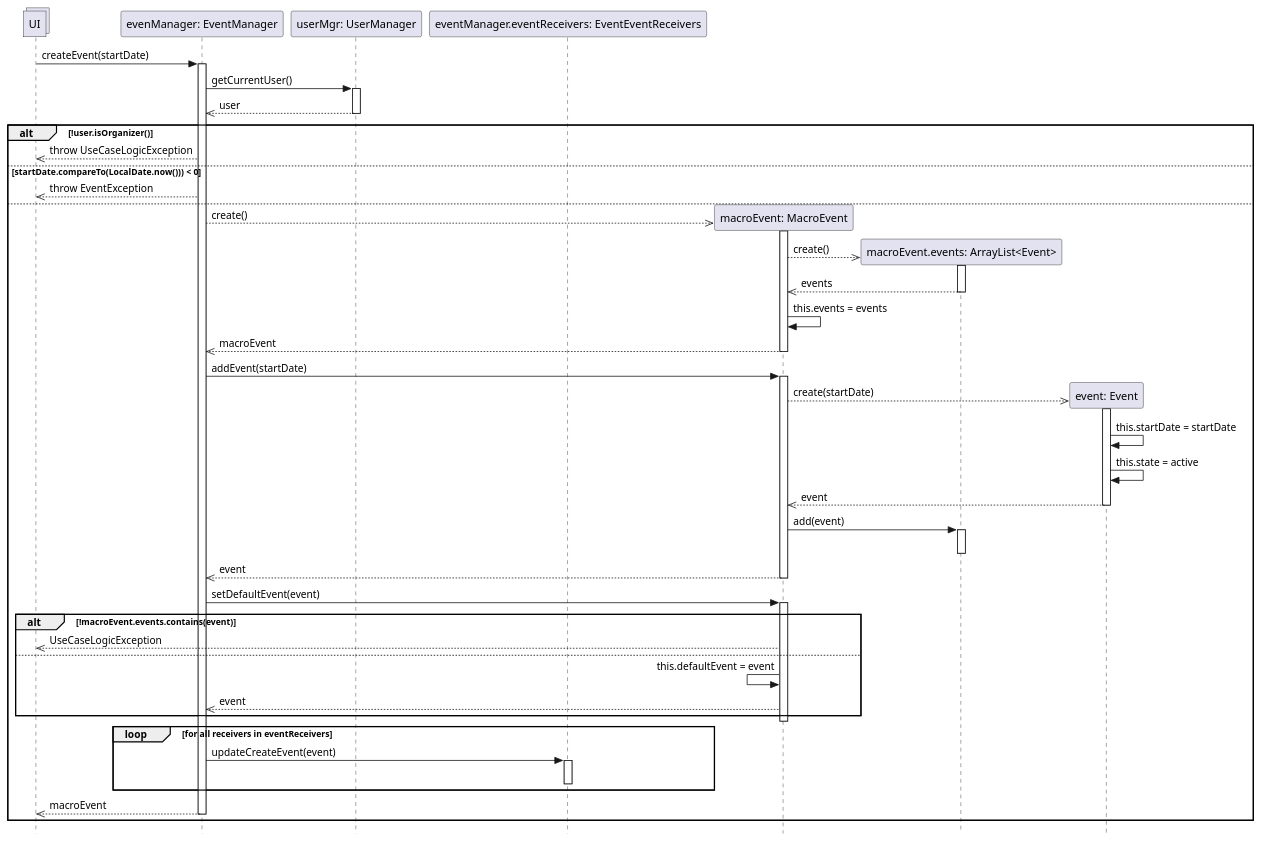
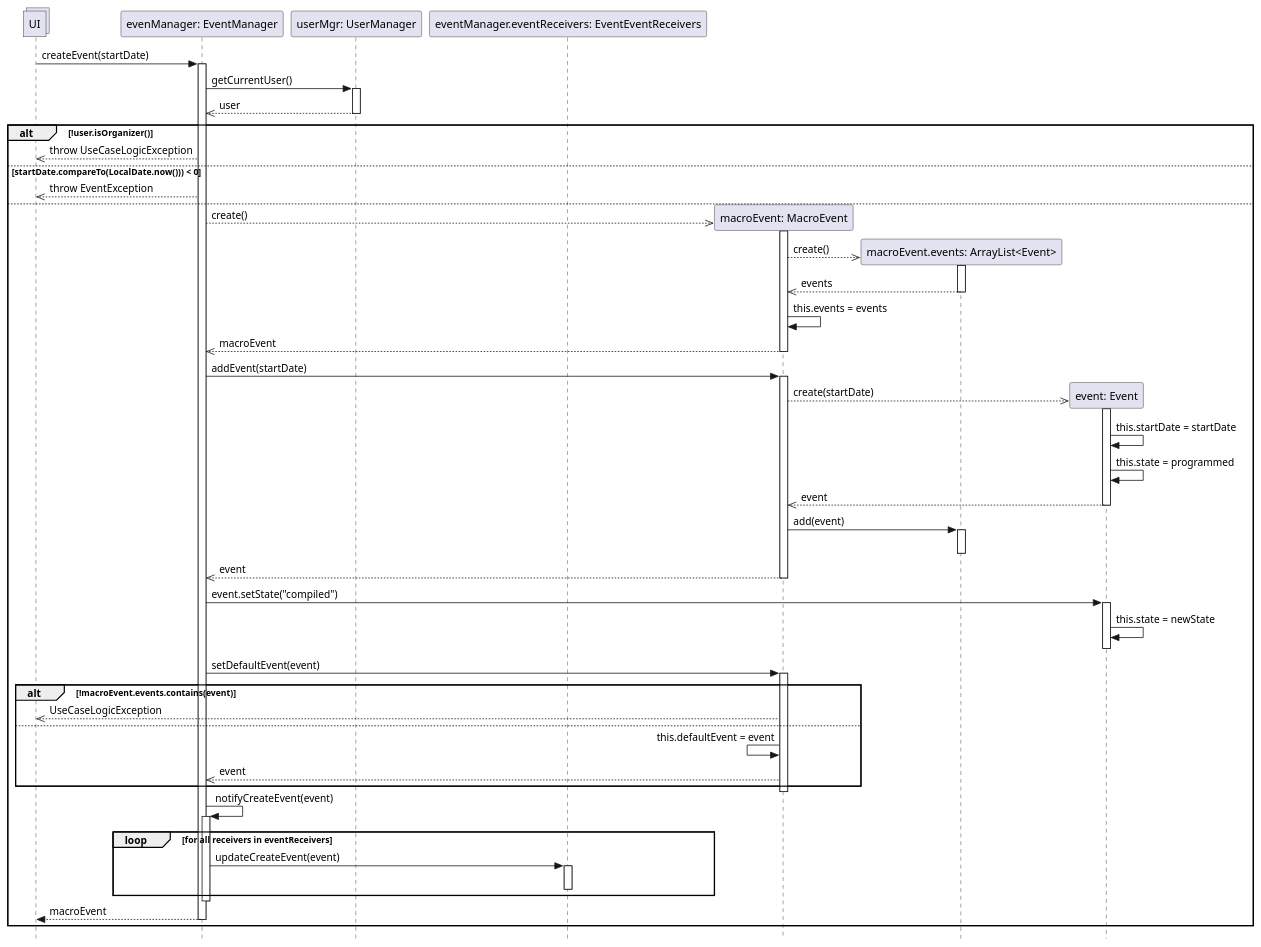
The diagram in UP/Progettazione/UC Gestire Eventi/DSD/DSD Operazione 1.puml (stefa168/sas-project), drawn with PlantUML before and after one commit. The commit also changed 3 other files, not shown here.

```diff
--- a/UP/Progettazione/UC Gestire Eventi/DSD/DSD Operazione 1.puml
+++ b/UP/Progettazione/UC Gestire Eventi/DSD/DSD Operazione 1.puml
@@ -1,67 +1,75 @@
 @startuml
 skinparam Style strictuml
 
 collections UI
 participant "evenManager: EventManager" as em
 participant "userMgr: UserManager" as um
 participant "eventManager.eventReceivers: EventEventReceivers" as eer
 
 UI -> em: createEvent(startDate)
 activate em
-em -> um: getCurrentUser()
-activate um
-em <<-- um: user
-deactivate um
+    em -> um: getCurrentUser()
+    activate um
+        em <<-- um: user
+    deactivate um
 
-alt !user.isOrganizer()
-    UI <<-- em: throw UseCaseLogicException
-else startDate.compareTo(LocalDate.now())) < 0
-    UI <<-- em: throw EventException
-else
-    participant "macroEvent: MacroEvent" as maev
-    em -->> maev **: create()
-    activate maev
-    participant "macroEvent.events: ArrayList<Event>" as events
-    maev-->> events**:create()
-    activate events
-    maev <<-- events: events
-    deactivate events
-    maev -> maev: this.events = events
-    em <<-- maev: macroEvent
-    deactivate maev
+    alt !user.isOrganizer()
+        UI <<-- em: throw UseCaseLogicException
+    else startDate.compareTo(LocalDate.now())) < 0
+        UI <<-- em: throw EventException
+    else
+        participant "macroEvent: MacroEvent" as maev
+        em -->> maev **: create()
+        activate maev
+            participant "macroEvent.events: ArrayList<Event>" as events
+            maev -->> events**:create()
+            activate events
+                maev <<-- events: events
+            deactivate events
+            maev -> maev: this.events = events
+            em <<-- maev: macroEvent
+        deactivate maev
 
-    em -> maev: addEvent(startDate)
-    activate maev
-    participant "event: Event" as ev
-    maev -->> ev **: create(startDate)
-    activate ev
-    ev->ev: this.startDate = startDate
-    ev -> ev: this.state = active
-    maev <<-- ev: event
-    deactivate ev
-    maev -> events: add(event)
-    activate events
-    deactivate events
-    em <<-- maev: event
-    deactivate maev
+        em -> maev: addEvent(startDate)
+        activate maev
+            participant "event: Event" as ev
+            maev -->> ev **: create(startDate)
+            activate ev
+                ev -> ev: this.startDate = startDate
+                ev -> ev: this.state = programmed
+                maev <<-- ev: event
+            deactivate ev
+            maev -> events: add(event)
+            activate events
+            deactivate events
+            em <<-- maev: event
+        deactivate maev
 
+        em -> ev: event.setState("compiled")
+        activate ev
+            ev -> ev: this.state = newState
+            ev -[hidden]> em
+        deactivate ev
 
-    em -> maev : setDefaultEvent(event)
-    activate maev
-    alt !macroEvent.events.contains(event)
-        UI <<-- maev: UseCaseLogicException
-    else
-        maev <- maev: this.defaultEvent = event
-        em <<-- maev: event
+        em -> maev : setDefaultEvent(event)
+        activate maev
+            alt !macroEvent.events.contains(event)
+                UI <<-- maev: UseCaseLogicException
+            else
+                maev <- maev: this.defaultEvent = event
+                em <<-- maev: event
+            end
+        deactivate maev
+
+        em -> em: notifyCreateEvent(event)
+        activate em
+            loop for all receivers in eventReceivers
+                em -> eer: updateCreateEvent(event)
+                activate eer
+                deactivate eer
+            end
+        deactivate em
+        return macroEvent
     end
-        deactivate maev
-        loop for all receivers in eventReceivers
-            em -> eer: updateCreateEvent(event)
-            activate eer
-            deactivate eer
-        end
-    UI <<-- em: macroEvent
-    deactivate em
-end
 
 @enduml
```
